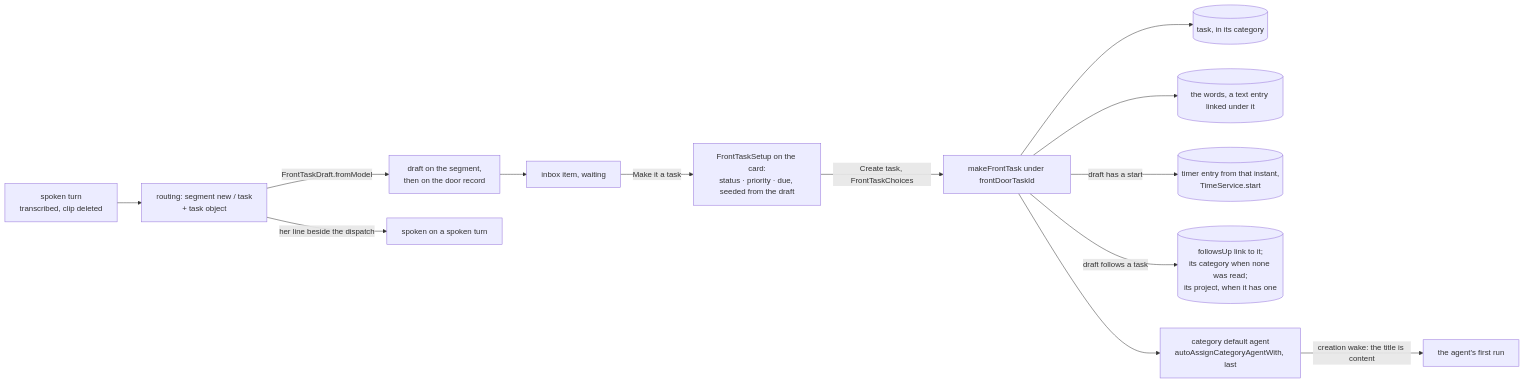
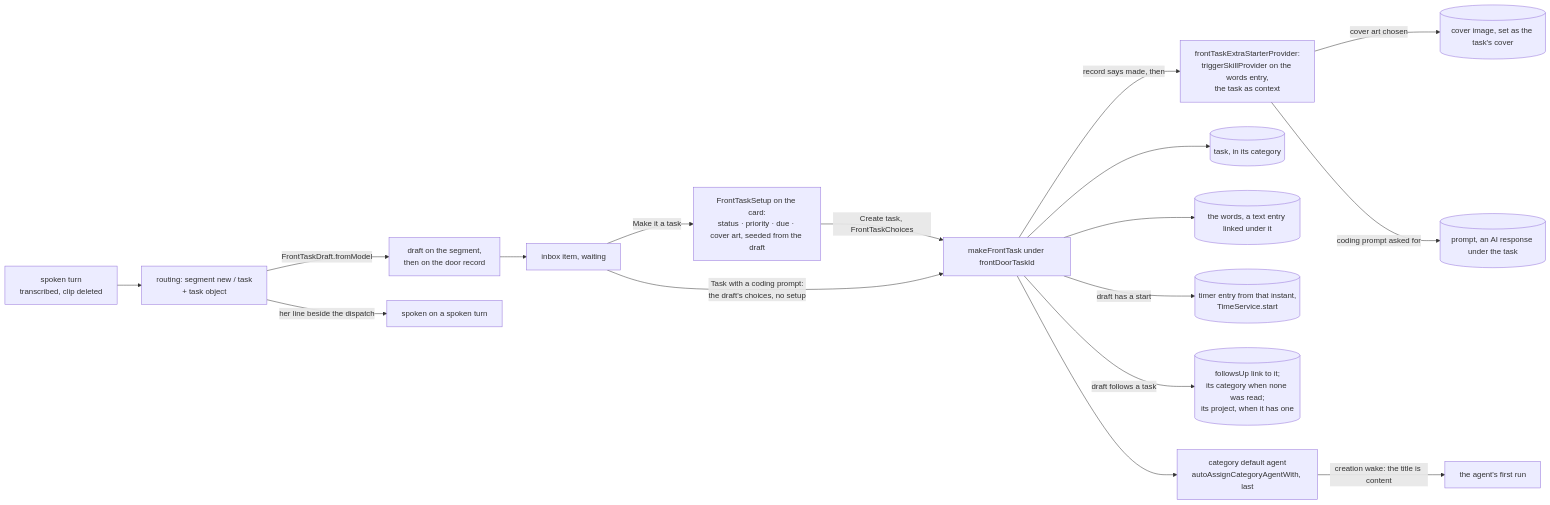
Before and after one commit to matthiasn/lotti: the eighth of 20 diagrams in knowledge/features/front_agent.md, drawn with Mermaid. The commit also changed other lines of this file and 60 other files, not shown here.

Commit message:
feat(front-agent): cover art and a coding prompt for a task made in the companion chat

````diff
--- a/knowledge/features/front_agent.md
+++ b/knowledge/features/front_agent.md
@@ -1071,15 +1071,19 @@
 ```mermaid
 flowchart LR
   W[spoken turn<br/>transcribed, clip deleted] --> R[routing: segment new / task<br/>+ task object]
   R -->|FrontTaskDraft.fromModel| V[draft on the segment,<br/>then on the door record]
   V --> I[inbox item, waiting]
-  I -->|Make it a task| U[FrontTaskSetup on the card:<br/>status · priority · due, seeded from the draft]
+  I -->|Make it a task| U[FrontTaskSetup on the card:<br/>status · priority · due · cover art, seeded from the draft]
   U -->|Create task, FrontTaskChoices| M[makeFrontTask under frontDoorTaskId]
+  I -->|Task with a coding prompt:<br/>the draft's choices, no setup| M
+  M -->|record says made, then| X[frontTaskExtraStarterProvider:<br/>triggerSkillProvider on the words entry,<br/>the task as context]
+  X -->|cover art chosen| CA[(cover image, set as the task's cover)]
+  X -->|coding prompt asked for| CP[(prompt, an AI response under the task)]
   M --> T[(task, in its category)]
   M --> E[(the words, a text entry linked under it)]
   M -->|draft has a start| C[(timer entry from that instant,<br/>TimeService.start)]
   M -->|draft follows a task| L[(followsUp link to it;<br/>its category when none was read;<br/>its project, when it has one)]
   M --> A[category default agent<br/>autoAssignCategoryAgentWith, last]
   A -->|creation wake: the title is content| G[the agent's first run]
   R -->|her line beside the dispatch| S[spoken on a spoken turn]
 ```
````
